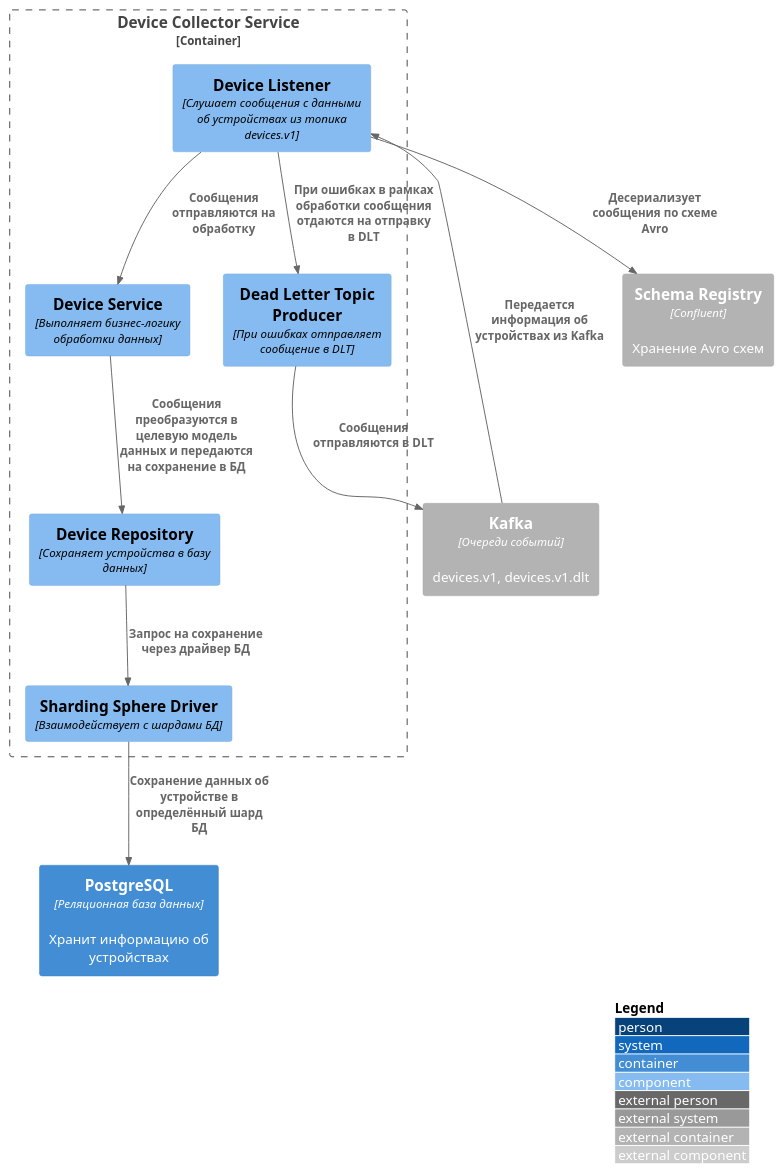
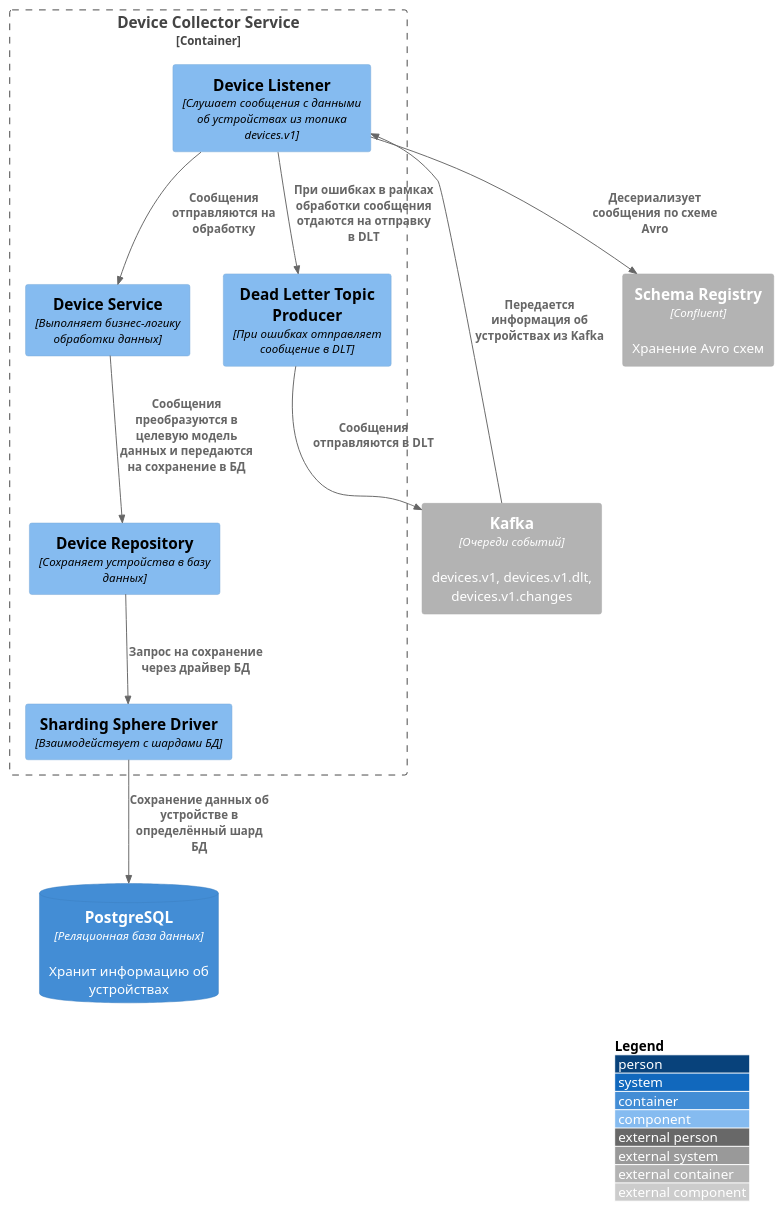
One commit to denfort50/iot-platform-yankee-dkalchenko changed the diagram in diagrams/components_dcs.puml. Above: the diagram before and after it, drawn with PlantUML. The commit also changed 3 other files, not shown here.

Commit message:
Модуль 4: сдача диаграмм

```diff
--- a/diagrams/components_dcs.puml
+++ b/diagrams/components_dcs.puml
@@ -1,28 +1,27 @@
 @startuml
 !includeurl https://raw.githubusercontent.com/plantuml-stdlib/C4-PlantUML/master/C4_Component.puml
 
 LAYOUT_WITH_LEGEND()
 
-Container_Ext(kafka, "Kafka", "Очереди событий", "devices.v1, devices.v1.dlt")
+Container_Ext(kafka, "Kafka", "Очереди событий", "devices.v1, devices.v1.dlt, devices.v1.changes")
 Container_Ext(schema_registry, "Schema Registry", "Confluent", "Хранение Avro схем")
-Container(postgres, "PostgreSQL", "Реляционная база данных", "Хранит информацию об устройствах")
+ContainerDb(postgres, "PostgreSQL", "Реляционная база данных", "Хранит информацию об устройствах")
 
 Container_Boundary(deviceCollector, "Device Collector Service", "Spring Boot", "Сервис получает данные об устройствах и сохраняет их в шардированную БД") {
     Component(deviceListener, "Device Listener", "Слушает сообщения с данными об устройствах из топика devices.v1")
     Component(deviceService, "Device Service", "Выполняет бизнес-логику обработки данных")
     Component(deviceRepository, "Device Repository", "Сохраняет устройства в базу данных")
     Component(shardingSphereDriver, "Sharding Sphere Driver", "Взаимодействует с шардами БД")
     Component(dltProducer, "Dead Letter Topic Producer", "При ошибках отправляет сообщение в DLT")
 }
 
 Rel(kafka, deviceListener, "Передается информация об устройствах из Kafka")
 Rel(deviceListener, schema_registry, "Десериализует сообщения по схеме Avro")
 Rel(deviceListener, deviceService, "Сообщения отправляются на обработку")
 Rel(deviceListener, dltProducer, "При ошибках в рамках обработки сообщения отдаются на отправку в DLT")
 Rel(dltProducer, kafka, "Сообщения отправляются в DLT")
 Rel(deviceService, deviceRepository, "Сообщения преобразуются в целевую модель данных и передаются на сохранение в БД")
 Rel(deviceRepository, shardingSphereDriver, "Запрос на сохранение через драйвер БД")
 Rel(shardingSphereDriver, postgres, "Сохранение данных об устройстве в определённый шард БД")
 
-
 @enduml
```
